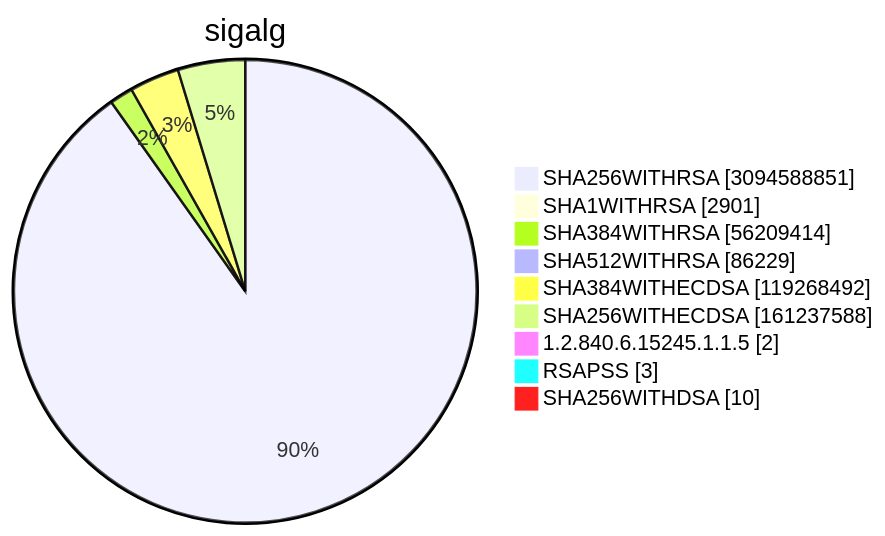
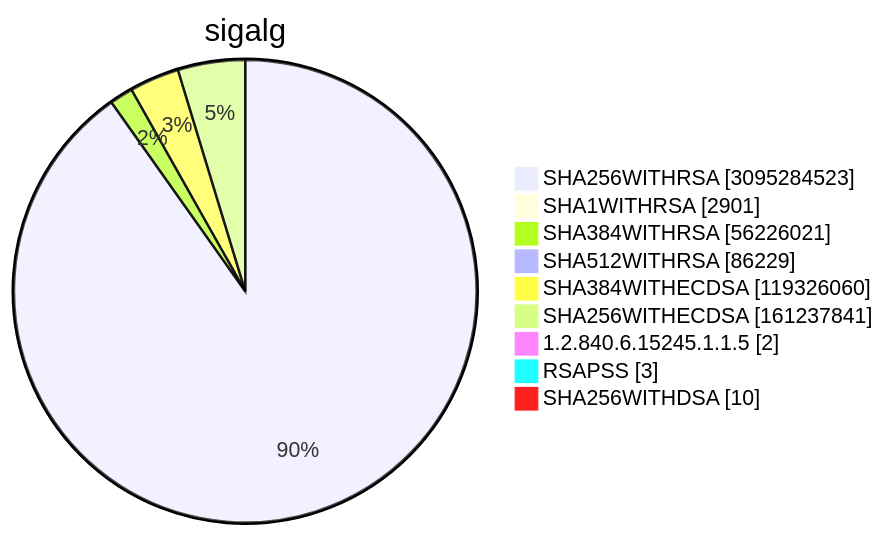
Diagram 15 of 15 in TOTAL/README.md (christiankrug/ctmonitor_visualization), drawn with Mermaid before and after one commit. The commit also changed other lines of this file, not shown here.

````diff
--- a/TOTAL/README.md
+++ b/TOTAL/README.md
@@ -6211,13 +6211,13 @@
 ```mermaid
 pie showData
 title sigalg
-"SHA256WITHRSA" :3094588851
+"SHA256WITHRSA" :3095284523
 "SHA1WITHRSA" :2901
-"SHA384WITHRSA" :56209414
+"SHA384WITHRSA" :56226021
 "SHA512WITHRSA" :86229
-"SHA384WITHECDSA" :119268492
-"SHA256WITHECDSA" :161237588
+"SHA384WITHECDSA" :119326060
+"SHA256WITHECDSA" :161237841
 "1.2.840.6.15245.1.1.5" :2
 "RSAPSS" :3
 "SHA256WITHDSA" :10
 ```
````
